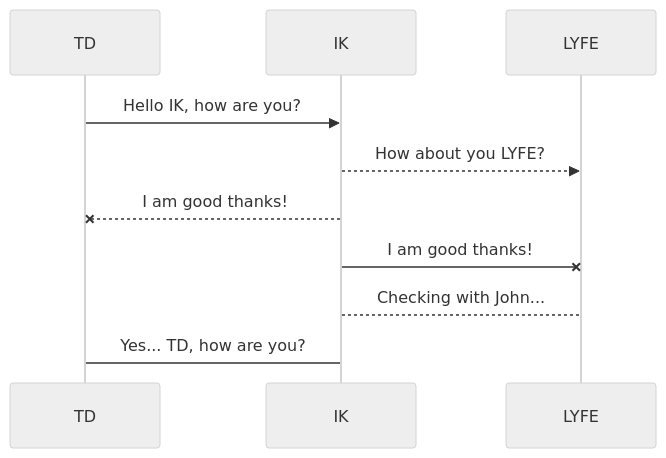
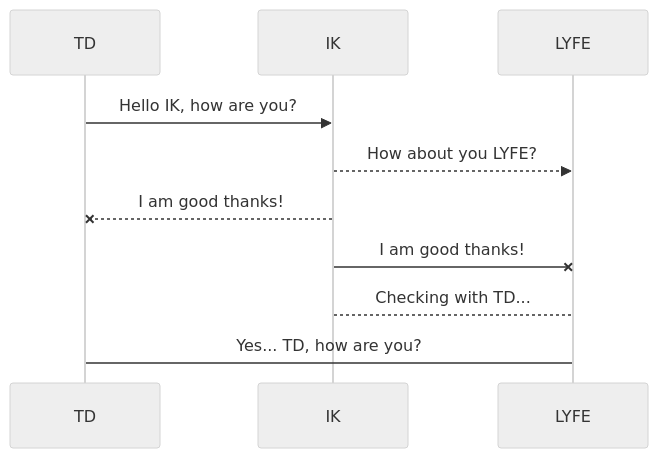
Before and after one commit to Streamerbot/streamerbot-wiki: the diagram in Test.md, drawn with Mermaid (neutral theme). The commit also changed other lines of this file, not shown here.

Commit message:
docs: update Test

````diff
--- a/Test.md
+++ b/Test.md
@@ -45,10 +45,10 @@
 ```mermaid
 sequenceDiagram
     TD ->> IK: Hello IK, how are you?
     IK-->>LYFE: How about you LYFE?
     IK--x TD: I am good thanks!
     IK-x LYFE: I am good thanks!
 
-    IK-->LYFE: Checking with John...
-    IK->TD: Yes... TD, how are you?
+    IK-->LYFE: Checking with TD...
+    LYFE->TD: Yes... TD, how are you?
 ```
````
